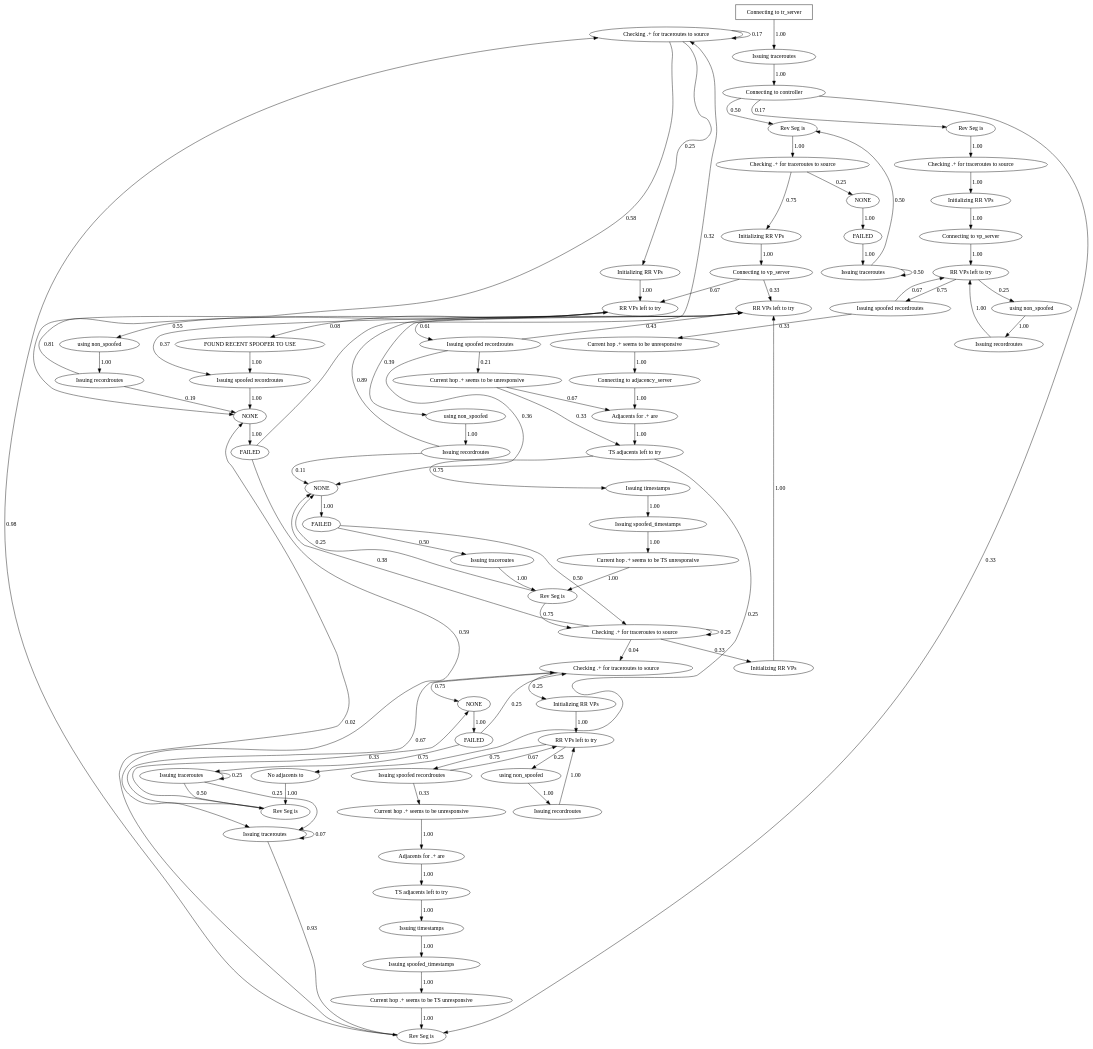
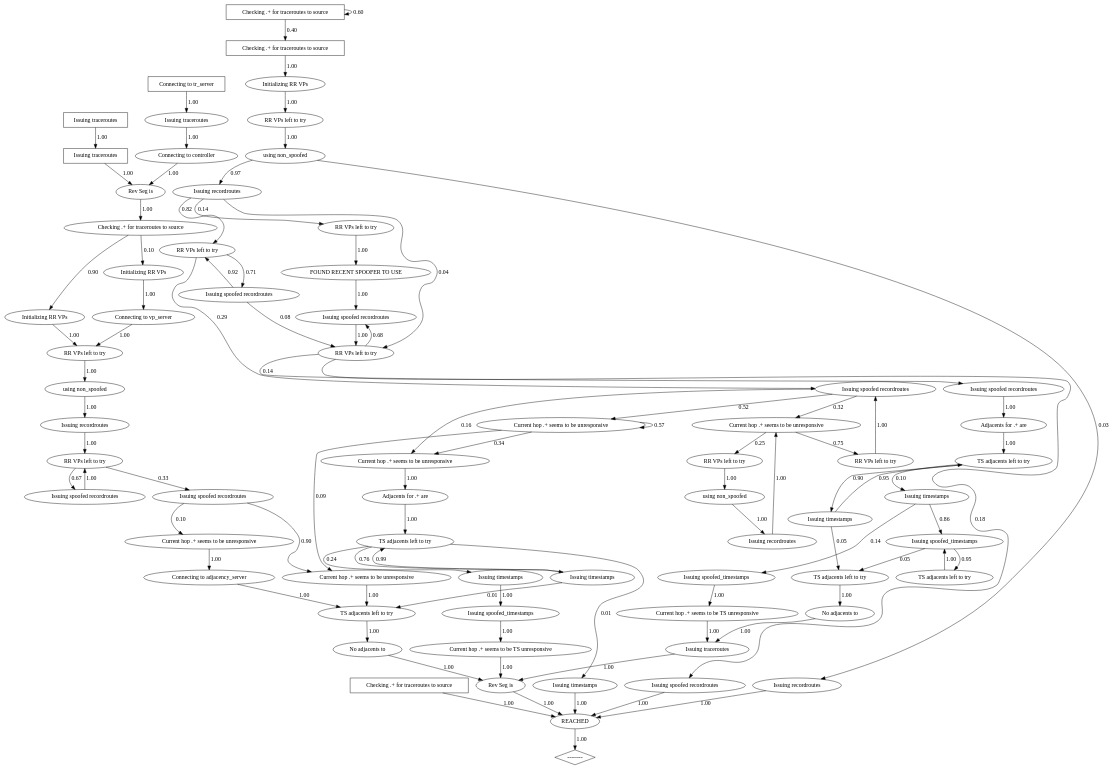
Before and after one commit to ModelInference/synoptic: the diagram in output/reverseTraceroute/output.dot, drawn with Graphviz. The commit also changed 203 other files, not shown here.

```diff
--- a/output/reverseTraceroute/output.dot
+++ b/output/reverseTraceroute/output.dot
@@ -1,163 +1,156 @@
 digraph {
-  2037851343 [label="Checking .+ for traceroutes to source"];
-2037851343->2096550147 [label="0.58", weight="0.58"];
-2037851343->2037851343 [label="0.17", weight="0.17"];
-2037851343->231886835 [label="0.25", weight="0.25"];
-  49001480 [label="NONE"];
-49001480->168168717 [label="1.00", weight="1.00"];
-  1988993243 [label="Issuing recordroutes"];
-1988993243->895413345 [label="0.89", weight="0.89"];
-1988993243->49001480 [label="0.11", weight="0.11"];
-  895413345 [label="RR VPs left to try"];
-895413345->2014246947 [label="0.61", weight="0.61"];
-895413345->811132229 [label="0.39", weight="0.39"];
-  912753321 [label="FOUND RECENT SPOOFER TO USE"];
-912753321->1574720995 [label="1.00", weight="1.00"];
-  514768627 [label="RR VPs left to try"];
-514768627->1574720995 [label="0.37", weight="0.37"];
-514768627->1274536692 [label="0.55", weight="0.55"];
-514768627->912753321 [label="0.08", weight="0.08"];
-  2096550147 [label="NONE"];
-2096550147->2031588014 [label="1.00", weight="1.00"];
-  587679741 [label="Checking .+ for traceroutes to source"];
-587679741->49001480 [label="0.38", weight="0.38"];
-587679741->587679741 [label="0.25", weight="0.25"];
-587679741->392343350 [label="0.33", weight="0.33"];
-587679741->1972760852 [label="0.04", weight="0.04"];
-  1027684578 [label="Rev Seg is"];
-1027684578->587679741 [label="0.75", weight="0.75"];
-1027684578->49001480 [label="0.25", weight="0.25"];
-  2031588014 [label="FAILED"];
-2031588014->1259610518 [label="0.59", weight="0.59"];
-2031588014->2037851343 [label="0.32", weight="0.32"];
-  1259610518 [label="Issuing traceroutes"];
-1259610518->1476883724 [label="0.93", weight="0.93"];
-1259610518->1259610518 [label="0.07", weight="0.07"];
-  231886835 [label="Initializing RR VPs"];
-231886835->514768627 [label="1.00", weight="1.00"];
-  1064149193 [label="RR VPs left to try"];
-1064149193->783325842 [label="0.75", weight="0.75"];
-1064149193->787156442 [label="0.25", weight="0.25"];
-  1925854847 [label="Issuing recordroutes"];
-1925854847->2096550147 [label="0.19", weight="0.19"];
-1925854847->514768627 [label="0.81", weight="0.81"];
-  1274536692 [label="using non_spoofed"];
-1274536692->1925854847 [label="1.00", weight="1.00"];
-  1515259804 [label="Issuing traceroutes"];
-1515259804->1515259804 [label="0.50", weight="0.50"];
-1515259804->1930555221 [label="0.50", weight="0.50"];
-  1476883724 [label="Rev Seg is"];
-1476883724->2096550147 [label="0.02", weight="0.02"];
-1476883724->2037851343 [label="0.98", weight="0.98"];
-  1031244252 [label="RR VPs left to try"];
-1031244252->463874416 [label="0.75", weight="0.75"];
-1031244252->1740587563 [label="0.25", weight="0.25"];
-  1740587563 [label="using non_spoofed"];
-1740587563->1082238931 [label="1.00", weight="1.00"];
-  317532604 [label="Issuing traceroutes"];
-317532604->1259610518 [label="0.25", weight="0.25"];
-317532604->1234054384 [label="0.50", weight="0.50"];
-317532604->317532604 [label="0.25", weight="0.25"];
-  1082238931 [label="Issuing recordroutes"];
-1082238931->1031244252 [label="1.00", weight="1.00"];
-  826903868 [label="NONE"];
-826903868->1276602602 [label="1.00", weight="1.00"];
-  1258776715 [label="Current hop .+ seems to be unresponsive"];
-1258776715->1756275687 [label="0.67", weight="0.67"];
-1258776715->1411114766 [label="0.33", weight="0.33"];
-  811132229 [label="using non_spoofed"];
-811132229->1988993243 [label="1.00", weight="1.00"];
-  200565150 [label="Issuing traceroutes"];
-200565150->1027684578 [label="1.00", weight="1.00"];
-  1574720995 [label="Issuing spoofed recordroutes"];
-1574720995->2096550147 [label="1.00", weight="1.00"];
-  2014246947 [label="Issuing spoofed recordroutes"];
-2014246947->895413345 [label="0.43", weight="0.43"];
-2014246947->49001480 [label="0.36", weight="0.36"];
-2014246947->1258776715 [label="0.21", weight="0.21"];
-  168168717 [label="FAILED"];
-168168717->587679741 [label="0.50", weight="0.50"];
-168168717->200565150 [label="0.50", weight="0.50"];
-  714931905 [label="Connecting to controller"];
-714931905->1476883724 [label="0.33", weight="0.33"];
-714931905->388728008 [label="0.17", weight="0.17"];
-714931905->1930555221 [label="0.50", weight="0.50"];
-  392343350 [label="Initializing RR VPs"];
-392343350->895413345 [label="1.00", weight="1.00"];
-  787156442 [label="using non_spoofed"];
-787156442->550942381 [label="1.00", weight="1.00"];
-  986957475 [label="Issuing timestamps"];
-986957475->689522370 [label="1.00", weight="1.00"];
-  1777862574 [label="Initializing RR VPs"];
-1777862574->1064149193 [label="1.00", weight="1.00"];
-  1411114766 [label="TS adjacents left to try"];
-1411114766->986957475 [label="0.75", weight="0.75"];
-1411114766->1431140165 [label="0.25", weight="0.25"];
-  613578325 [label="Current hop .+ seems to be unresponsive"];
-613578325->185781068 [label="1.00", weight="1.00"];
-  1726971252 [label="Issuing traceroutes"];
-1726971252->714931905 [label="1.00", weight="1.00"];
-  783325842 [label="Issuing spoofed recordroutes"];
-783325842->613578325 [label="0.33", weight="0.33"];
-783325842->1064149193 [label="0.67", weight="0.67"];
-  463874416 [label="Issuing spoofed recordroutes"];
-463874416->1031244252 [label="0.67", weight="0.67"];
-463874416->1519520595 [label="0.33", weight="0.33"];
-  239625678 [label="Connecting to tr_server",shape=box];
-239625678->1726971252 [label="1.00", weight="1.00"];
-  1972760852 [label="Checking .+ for traceroutes to source"];
-1972760852->1777862574 [label="0.25", weight="0.25"];
-1972760852->826903868 [label="0.75", weight="0.75"];
-  555988468 [label="TS adjacents left to try"];
-555988468->806008142 [label="1.00", weight="1.00"];
-  1026920195 [label="Current hop .+ seems to be TS unresponsive"];
-1026920195->1027684578 [label="1.00", weight="1.00"];
-  1276602602 [label="FAILED"];
-1276602602->317532604 [label="0.75", weight="0.75"];
-1276602602->1972760852 [label="0.25", weight="0.25"];
-  1234054384 [label="Rev Seg is"];
-1234054384->826903868 [label="0.33", weight="0.33"];
-1234054384->1972760852 [label="0.67", weight="0.67"];
-  806008142 [label="Issuing timestamps"];
-806008142->187719489 [label="1.00", weight="1.00"];
-  1431140165 [label="No adjacents to"];
-1431140165->1234054384 [label="1.00", weight="1.00"];
-  1519520595 [label="Current hop .+ seems to be unresponsive"];
-1519520595->980713378 [label="1.00", weight="1.00"];
-  431700558 [label="FAILED"];
-431700558->1515259804 [label="1.00", weight="1.00"];
-  1756275687 [label="Adjacents for .+ are"];
-1756275687->1411114766 [label="1.00", weight="1.00"];
-  550942381 [label="Issuing recordroutes"];
-550942381->1064149193 [label="1.00", weight="1.00"];
-  689522370 [label="Issuing spoofed_timestamps"];
-689522370->1026920195 [label="1.00", weight="1.00"];
-  980713378 [label="Connecting to adjacency_server"];
-980713378->1756275687 [label="1.00", weight="1.00"];
-  1952746340 [label="Checking .+ for traceroutes to source"];
-1952746340->421005224 [label="0.25", weight="0.25"];
-1952746340->393978767 [label="0.75", weight="0.75"];
-  1355906755 [label="Connecting to vp_server"];
-1355906755->514768627 [label="0.67", weight="0.67"];
-1355906755->895413345 [label="0.33", weight="0.33"];
-  1930555221 [label="Rev Seg is"];
-1930555221->1952746340 [label="1.00", weight="1.00"];
-  185781068 [label="Adjacents for .+ are"];
-185781068->555988468 [label="1.00", weight="1.00"];
-  202396237 [label="Initializing RR VPs"];
-202396237->64830542 [label="1.00", weight="1.00"];
-  388728008 [label="Rev Seg is"];
-388728008->798601862 [label="1.00", weight="1.00"];
-  64830542 [label="Connecting to vp_server"];
-64830542->1031244252 [label="1.00", weight="1.00"];
-  393978767 [label="Initializing RR VPs"];
-393978767->1355906755 [label="1.00", weight="1.00"];
-  187719489 [label="Issuing spoofed_timestamps"];
-187719489->1665443836 [label="1.00", weight="1.00"];
-  798601862 [label="Checking .+ for traceroutes to source"];
-798601862->202396237 [label="1.00", weight="1.00"];
-  421005224 [label="NONE"];
-421005224->431700558 [label="1.00", weight="1.00"];
-  1665443836 [label="Current hop .+ seems to be TS unresponsive"];
-1665443836->1476883724 [label="1.00", weight="1.00"];
+  1949589517 [label="Issuing recordroutes"];
+1949589517->496102288 [label="0.14", weight="0.14"];
+1949589517->2634125 [label="0.82", weight="0.82"];
+1949589517->1107264774 [label="0.04", weight="0.04"];
+  1901677475 [label="Checking .+ for traceroutes to source",shape=box];
+1901677475->805856089 [label="1.00", weight="1.00"];
+  2006746821 [label="Checking .+ for traceroutes to source",shape=box];
+2006746821->1901677475 [label="0.40", weight="0.40"];
+2006746821->2006746821 [label="0.60", weight="0.60"];
+  496102288 [label="RR VPs left to try"];
+496102288->1294712427 [label="1.00", weight="1.00"];
+  946479038 [label="REACHED"];
+946479038->593348385 [label="1.00", weight="1.00"];
+  1025601370 [label="Issuing spoofed recordroutes"];
+1025601370->2634125 [label="0.92", weight="0.92"];
+1025601370->1107264774 [label="0.08", weight="0.08"];
+  344326933 [label="Current hop .+ seems to be unresponsive"];
+344326933->997549142 [label="1.00", weight="1.00"];
+  1546867351 [label="No adjacents to"];
+1546867351->1783035748 [label="1.00", weight="1.00"];
+  805856089 [label="Initializing RR VPs"];
+805856089->2013138278 [label="1.00", weight="1.00"];
+  1374830890 [label="Issuing spoofed recordroutes"];
+1374830890->1107264774 [label="1.00", weight="1.00"];
+  657158900 [label="Checking .+ for traceroutes to source",shape=box];
+657158900->946479038 [label="1.00", weight="1.00"];
+  2071824233 [label="Issuing spoofed recordroutes"];
+2071824233->1205252169 [label="1.00", weight="1.00"];
+  307468946 [label="Issuing spoofed_timestamps"];
+307468946->1926235815 [label="1.00", weight="1.00"];
+  1926235815 [label="Current hop .+ seems to be TS unresponsive"];
+1926235815->1740598984 [label="1.00", weight="1.00"];
+  896545924 [label="Issuing timestamps"];
+896545924->2057836940 [label="0.01", weight="0.01"];
+896545924->990253721 [label="0.99", weight="0.99"];
+  997549142 [label="Adjacents for .+ are"];
+997549142->990253721 [label="1.00", weight="1.00"];
+  373882728 [label="Issuing timestamps"];
+373882728->1242350568 [label="0.05", weight="0.05"];
+373882728->590474163 [label="0.95", weight="0.95"];
+  990253721 [label="TS adjacents left to try"];
+990253721->989479912 [label="0.01", weight="0.01"];
+990253721->437942948 [label="0.24", weight="0.24"];
+990253721->896545924 [label="0.76", weight="0.76"];
+  1874717280 [label="Issuing spoofed_timestamps"];
+1874717280->764334724 [label="0.95", weight="0.95"];
+1874717280->1242350568 [label="0.05", weight="0.05"];
+  593348385 [label="--------",shape=diamond];
+  764334724 [label="TS adjacents left to try"];
+764334724->1874717280 [label="1.00", weight="1.00"];
+  1107264774 [label="RR VPs left to try"];
+1107264774->2071824233 [label="0.14", weight="0.14"];
+1107264774->1374830890 [label="0.68", weight="0.68"];
+1107264774->1790017034 [label="0.18", weight="0.18"];
+  557757116 [label="Current hop .+ seems to be unresponsive"];
+557757116->1080668767 [label="0.09", weight="0.09"];
+557757116->344326933 [label="0.34", weight="0.34"];
+557757116->557757116 [label="0.57", weight="0.57"];
+  1644911488 [label="Checking .+ for traceroutes to source"];
+1644911488->1884785139 [label="0.90", weight="0.90"];
+1644911488->784854229 [label="0.10", weight="0.10"];
+  29805724 [label="Connecting to vp_server"];
+29805724->1889382573 [label="1.00", weight="1.00"];
+  1650558309 [label="Issuing spoofed recordroutes"];
+1650558309->132202687 [label="0.10", weight="0.10"];
+1650558309->1080668767 [label="0.90", weight="0.90"];
+  603950563 [label="Issuing spoofed recordroutes"];
+603950563->588932657 [label="0.32", weight="0.32"];
+603950563->344326933 [label="0.16", weight="0.16"];
+603950563->557757116 [label="0.52", weight="0.52"];
+  1497874461 [label="Issuing spoofed recordroutes"];
+1497874461->1662875065 [label="1.00", weight="1.00"];
+  2013138278 [label="RR VPs left to try"];
+2013138278->391128018 [label="1.00", weight="1.00"];
+  1294712427 [label="FOUND RECENT SPOOFER TO USE"];
+1294712427->1374830890 [label="1.00", weight="1.00"];
+  588932657 [label="Current hop .+ seems to be unresponsive"];
+588932657->603544782 [label="0.25", weight="0.25"];
+588932657->1179441864 [label="0.75", weight="0.75"];
+  1740598984 [label="Rev Seg is"];
+1740598984->946479038 [label="1.00", weight="1.00"];
+  1205252169 [label="Adjacents for .+ are"];
+1205252169->590474163 [label="1.00", weight="1.00"];
+  1834410164 [label="Issuing traceroutes",shape=box];
+1834410164->1697951282 [label="1.00", weight="1.00"];
+  2634125 [label="RR VPs left to try"];
+2634125->603950563 [label="0.29", weight="0.29"];
+2634125->1025601370 [label="0.71", weight="0.71"];
+  1783035748 [label="Issuing traceroutes"];
+1783035748->1740598984 [label="1.00", weight="1.00"];
+  391128018 [label="using non_spoofed"];
+391128018->1949589517 [label="0.97", weight="0.97"];
+391128018->1021302339 [label="0.03", weight="0.03"];
+  590474163 [label="TS adjacents left to try"];
+590474163->931024108 [label="0.10", weight="0.10"];
+590474163->373882728 [label="0.90", weight="0.90"];
+  2057836940 [label="TS adjacents left to try"];
+2057836940->656993631 [label="1.00", weight="1.00"];
+  1080668767 [label="Current hop .+ seems to be unresponsive"];
+1080668767->2057836940 [label="1.00", weight="1.00"];
+  1179441864 [label="RR VPs left to try"];
+1179441864->603950563 [label="1.00", weight="1.00"];
+  437942948 [label="Issuing timestamps"];
+437942948->307468946 [label="1.00", weight="1.00"];
+  1889382573 [label="RR VPs left to try"];
+1889382573->1078978892 [label="1.00", weight="1.00"];
+  1662875065 [label="RR VPs left to try"];
+1662875065->1497874461 [label="0.67", weight="0.67"];
+1662875065->1650558309 [label="0.33", weight="0.33"];
+  1078978892 [label="using non_spoofed"];
+1078978892->1861733324 [label="1.00", weight="1.00"];
+  1790017034 [label="Issuing spoofed recordroutes"];
+1790017034->946479038 [label="1.00", weight="1.00"];
+  367805749 [label="Issuing recordroutes"];
+367805749->588932657 [label="1.00", weight="1.00"];
+  1242350568 [label="TS adjacents left to try"];
+1242350568->1546867351 [label="1.00", weight="1.00"];
+  656993631 [label="No adjacents to"];
+656993631->1740598984 [label="1.00", weight="1.00"];
+  1697951282 [label="Rev Seg is"];
+1697951282->1644911488 [label="1.00", weight="1.00"];
+  931024108 [label="Issuing timestamps"];
+931024108->1874717280 [label="0.86", weight="0.86"];
+931024108->1172198154 [label="0.14", weight="0.14"];
+  603544782 [label="RR VPs left to try"];
+603544782->1739580512 [label="1.00", weight="1.00"];
+  1021302339 [label="Issuing recordroutes"];
+1021302339->946479038 [label="1.00", weight="1.00"];
+  1884785139 [label="Initializing RR VPs"];
+1884785139->1889382573 [label="1.00", weight="1.00"];
+  1861733324 [label="Issuing recordroutes"];
+1861733324->1662875065 [label="1.00", weight="1.00"];
+  1739580512 [label="using non_spoofed"];
+1739580512->367805749 [label="1.00", weight="1.00"];
+  989479912 [label="Issuing timestamps"];
+989479912->946479038 [label="1.00", weight="1.00"];
+  1840118755 [label="Connecting to tr_server",shape=box];
+1840118755->1605346438 [label="1.00", weight="1.00"];
+  992428137 [label="Connecting to adjacency_server"];
+992428137->2057836940 [label="1.00", weight="1.00"];
+  33863601 [label="Connecting to controller"];
+33863601->1697951282 [label="1.00", weight="1.00"];
+  784854229 [label="Initializing RR VPs"];
+784854229->29805724 [label="1.00", weight="1.00"];
+  1605346438 [label="Issuing traceroutes"];
+1605346438->33863601 [label="1.00", weight="1.00"];
+  2024017678 [label="Current hop .+ seems to be TS unresponsive"];
+2024017678->1783035748 [label="1.00", weight="1.00"];
+  1172198154 [label="Issuing spoofed_timestamps"];
+1172198154->2024017678 [label="1.00", weight="1.00"];
+  272983323 [label="Issuing traceroutes",shape=box];
+272983323->1834410164 [label="1.00", weight="1.00"];
+  132202687 [label="Current hop .+ seems to be unresponsive"];
+132202687->992428137 [label="1.00", weight="1.00"];
 } // digraph
```
